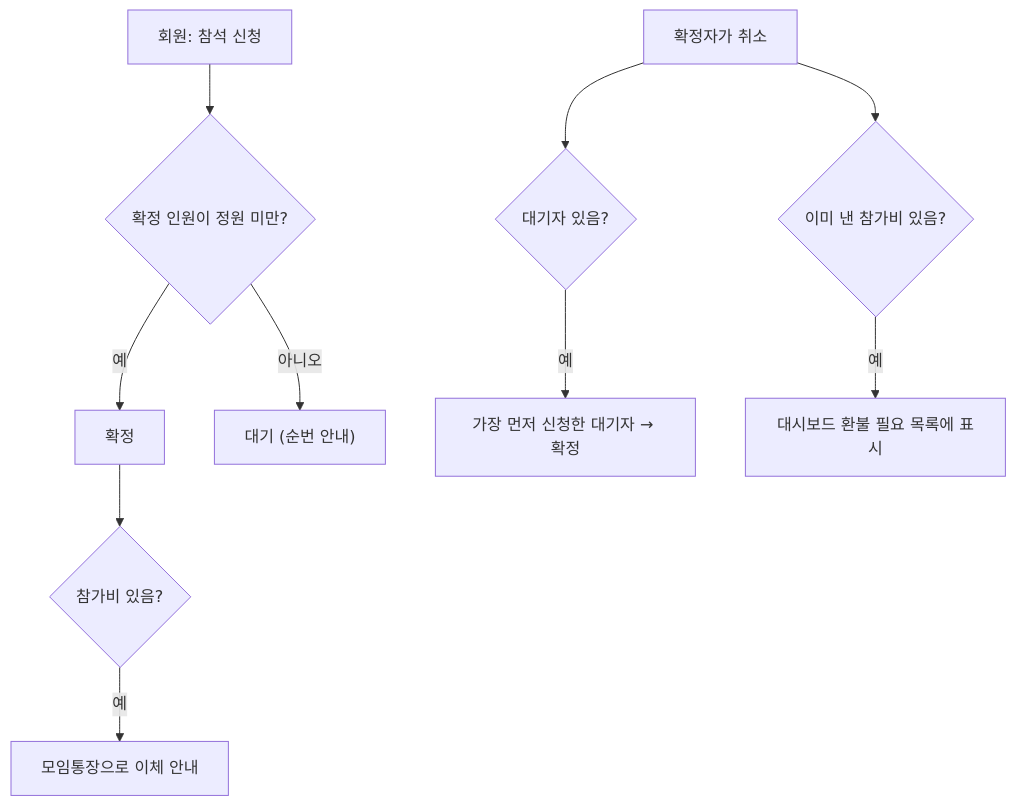
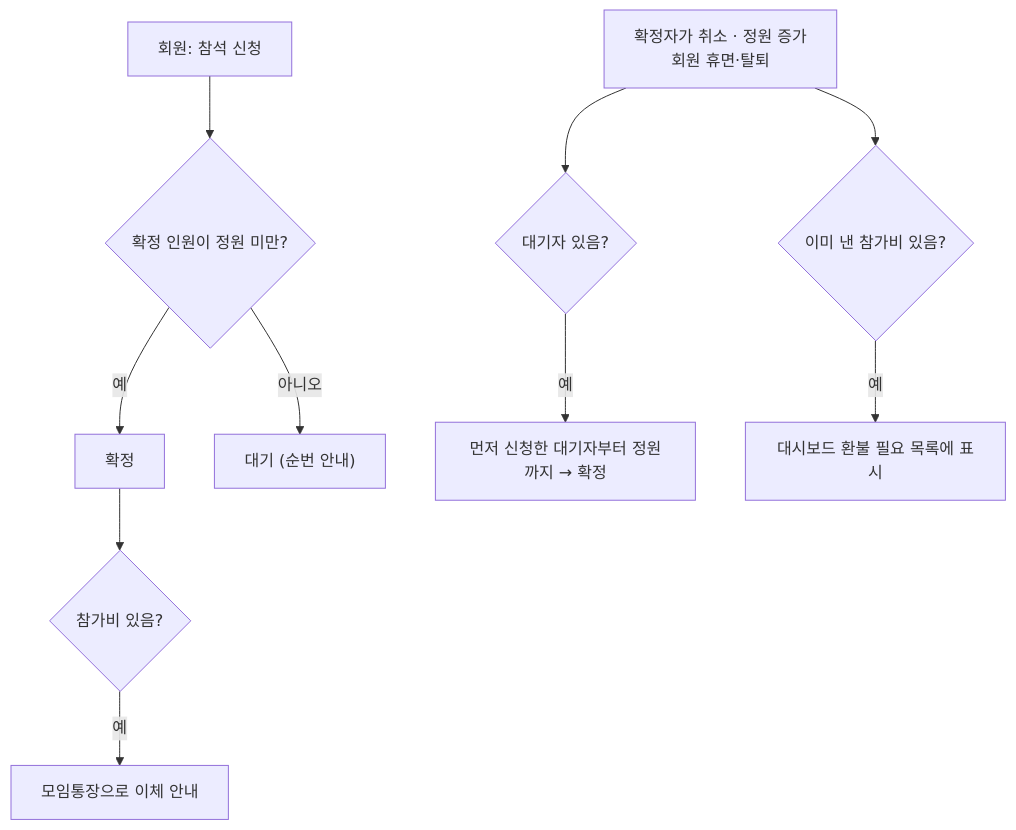
One commit to keepmind7/AI_Club_Web changed the third of 4 diagrams in README.md. Above: the diagram before and after it, drawn with Mermaid. The commit also changed other lines of this file and 9 other files, not shown here.

````diff
--- a/README.md
+++ b/README.md
@@ -83,12 +83,12 @@
 ```mermaid
 flowchart TD
     A["회원: 참석 신청"] --> E{"확정 인원이 정원 미만?"}
     E -- 예 --> F["확정"]
     E -- 아니오 --> G["대기 (순번 안내)"]
     F --> H{"참가비 있음?"}
     H -- 예 --> I["모임통장으로 이체 안내"]
-    X["확정자가 취소"] --> Y{"대기자 있음?"}
-    Y -- 예 --> Z["가장 먼저 신청한 대기자 → 확정"]
+    X["확정자가 취소 · 정원 증가<br/>회원 휴면·탈퇴"] --> Y{"대기자 있음?"}
+    Y -- 예 --> Z["먼저 신청한 대기자부터 정원까지 → 확정"]
     X --> R{"이미 낸 참가비 있음?"}
     R -- 예 --> S["대시보드 환불 필요 목록에 표시"]
 ```
````
